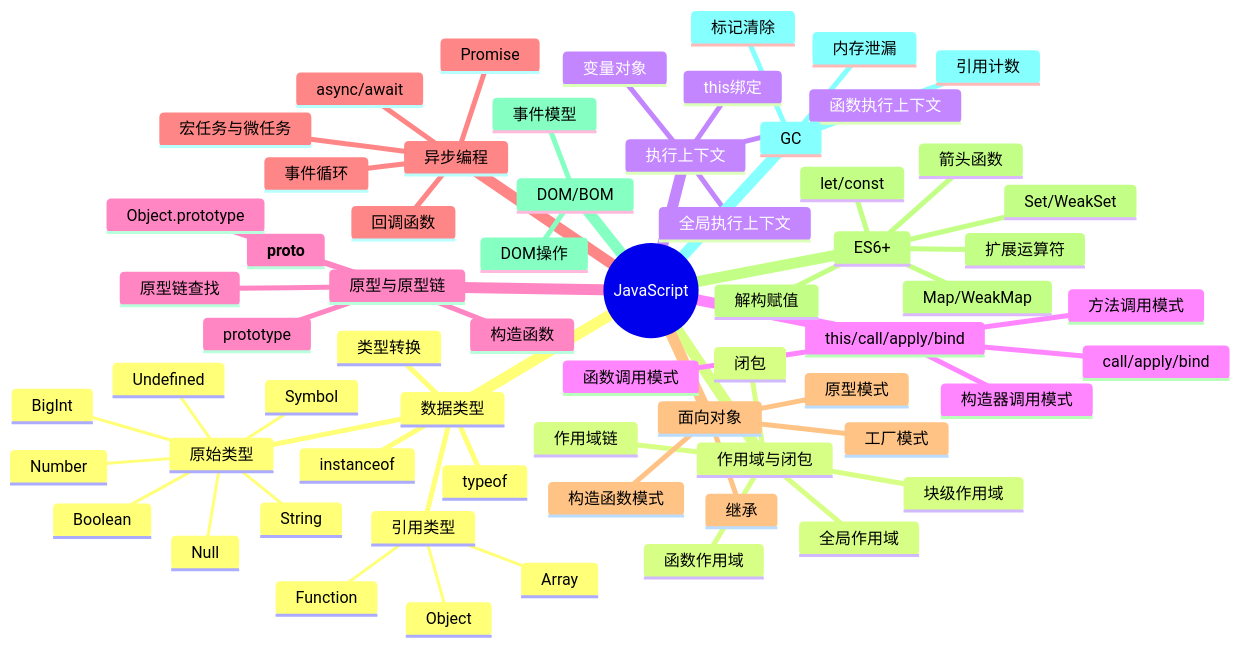
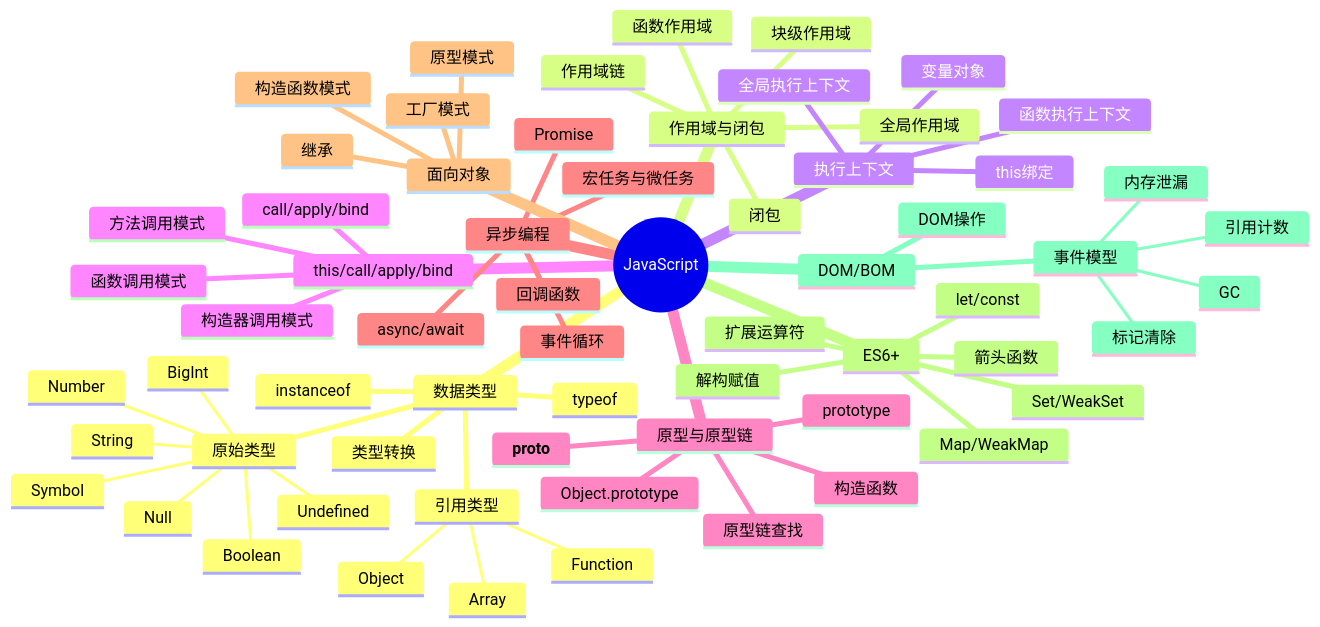
Before and after one commit to KMaybe01/common: the first of 52 diagrams in 00-基础常识/03-JavaScript-详解版.md, drawn with Mermaid. The commit also changed other lines of this file and 9 other files, not shown here.

````diff
--- a/00-基础常识/03-JavaScript-详解版.md
+++ b/00-基础常识/03-JavaScript-详解版.md
@@ -7,67 +9,67 @@
 ```mermaid
 mindmap
   root((JavaScript))
     数据类型
       原始类型
         Undefined
         Null
         Boolean
         Number
         String
         Symbol
         BigInt
       引用类型
         Object
         Array
         Function
       typeof
       instanceof
       类型转换
     作用域与闭包
       全局作用域
       函数作用域
       块级作用域
       作用域链
       闭包
     执行上下文
       全局执行上下文
       函数执行上下文
       this绑定
       变量对象
     this/call/apply/bind
       函数调用模式
       方法调用模式
       构造器调用模式
       call/apply/bind
     原型与原型链
       构造函数
       prototype
       __proto__
       原型链查找
       Object.prototype
     异步编程
       回调函数
       Promise
       async/await
       事件循环
       宏任务与微任务
     面向对象
       工厂模式
       构造函数模式
       原型模式
       继承
     ES6+
       let/const
       箭头函数
       解构赋值
       扩展运算符
       Map/WeakMap
       Set/WeakSet
     DOM/BOM
       DOM操作
       事件模型
-    GC
-      标记清除
-      引用计数
-      内存泄漏
-```
+       GC
+       标记清除
+       引用计数
+       内存泄漏
+ ```
````
